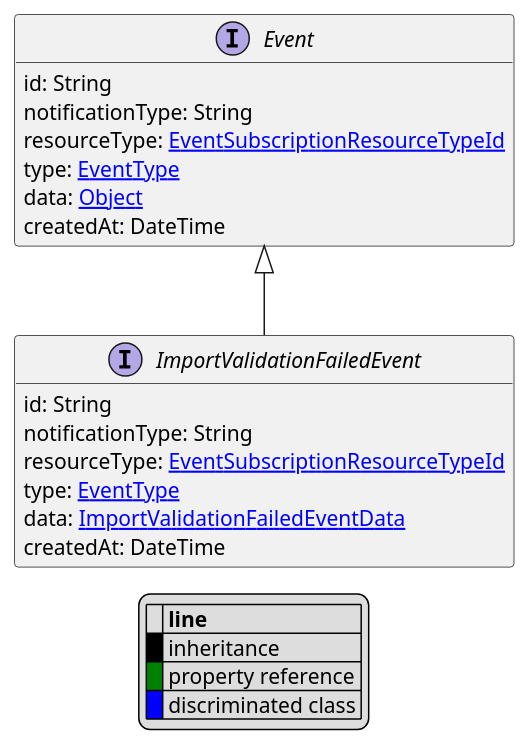
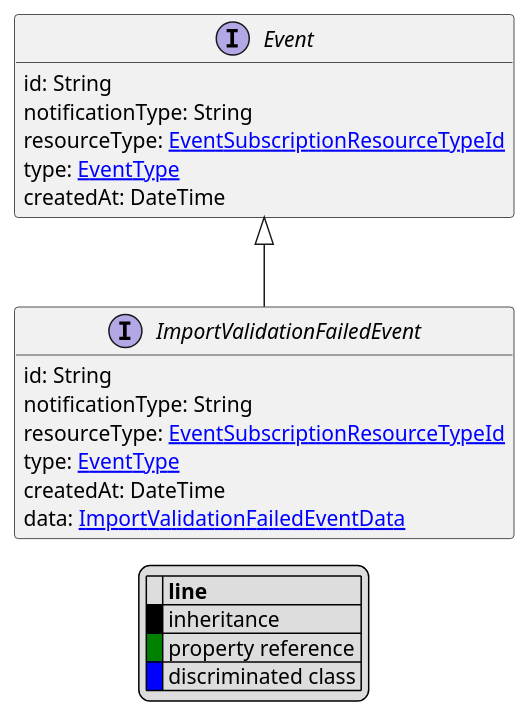
Before and after one commit to commercetools/commercetools-api-reference: the diagram in uml/api/ImportValidationFailedEvent.puml, drawn with PlantUML. The commit also changed 50 other files, not shown here.

```diff
--- a/uml/api/ImportValidationFailedEvent.puml
+++ b/uml/api/ImportValidationFailedEvent.puml
@@ -1,32 +1,31 @@
 @startuml
 
 hide empty fields
 hide empty methods
 legend
 |= |= line |
 |<back:black>   </back>| inheritance |
 |<back:green>   </back>| property reference |
 |<back:blue>   </back>| discriminated class |
 endlegend
 interface ImportValidationFailedEvent [[ImportValidationFailedEvent.svg]] extends Event {
     id: String
     notificationType: String
     resourceType: [[EventSubscriptionResourceTypeId.svg EventSubscriptionResourceTypeId]]
     type: [[EventType.svg EventType]]
+    createdAt: DateTime
     data: [[ImportValidationFailedEventData.svg ImportValidationFailedEventData]]
-    createdAt: DateTime
 }
 interface Event [[Event.svg]]  {
     id: String
     notificationType: String
     resourceType: [[EventSubscriptionResourceTypeId.svg EventSubscriptionResourceTypeId]]
     type: [[EventType.svg EventType]]
-    data: [[Object.svg Object]]
     createdAt: DateTime
 }
 
 
 
 
 
 @enduml
```
